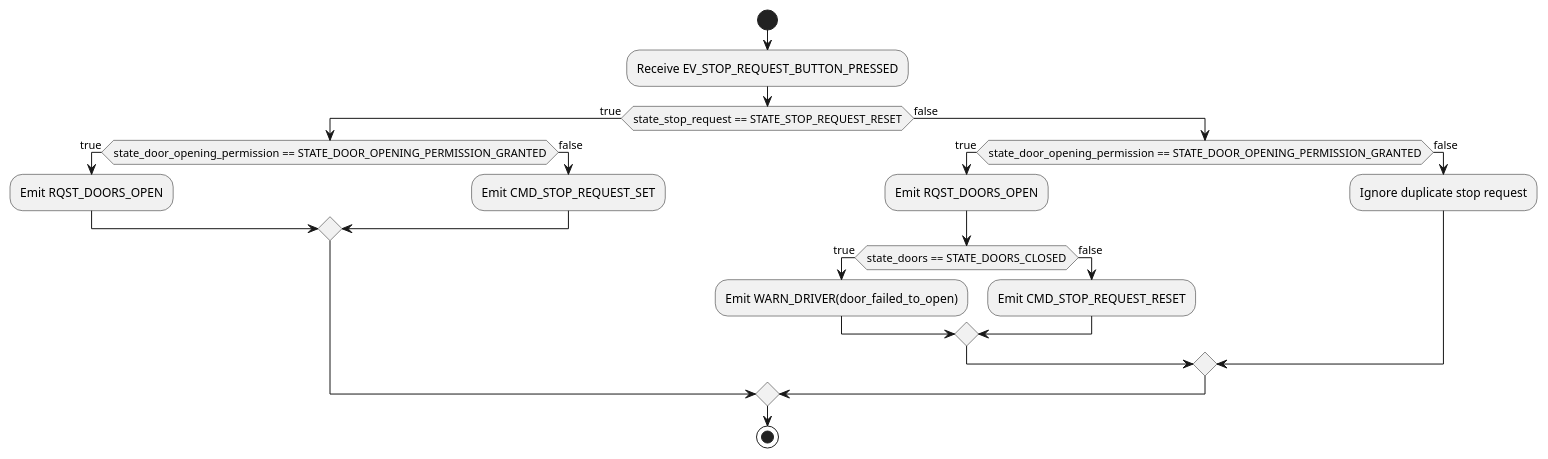
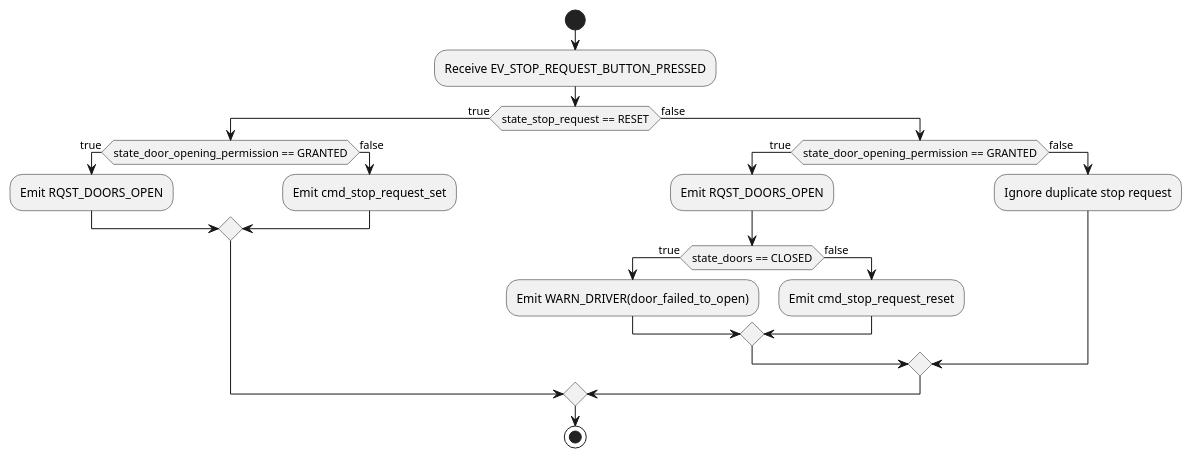
The diagram in docs/models/activity_diagrams/node-door-controller/stop_request_supervisor_activity.puml (paetzholdt/CANRepo), drawn with PlantUML before and after one commit. The commit also changed 7 other files, not shown here.

```diff
--- a/docs/models/activity_diagrams/node-door-controller/stop_request_supervisor_activity.puml
+++ b/docs/models/activity_diagrams/node-door-controller/stop_request_supervisor_activity.puml
@@ -1,42 +1,42 @@
 @startuml stop_request_supervisor_activity
 
 start
 
 :Receive EV_STOP_REQUEST_BUTTON_PRESSED;
 
-if (state_stop_request == STATE_STOP_REQUEST_RESET) then (true) 
-    if (state_door_opening_permission == STATE_DOOR_OPENING_PERMISSION_GRANTED) then (true)
+if (state_stop_request == RESET) then (true) 
+    if (state_door_opening_permission == GRANTED) then (true)
         :Emit RQST_DOORS_OPEN;
 
     else (false)
-        :Emit CMD_STOP_REQUEST_SET;
+        :Emit cmd_stop_request_set;
     
     endif
 
 else (false)
-    if (state_door_opening_permission == STATE_DOOR_OPENING_PERMISSION_GRANTED) then (true)
+    if (state_door_opening_permission == GRANTED) then (true)
         :Emit RQST_DOORS_OPEN;
 
         ' TODO:
         ' Door opening is asynchronous
         ' state_doors shall not be evaluated immediately after emitting RQST_DOORS_OPEN
         ' Future improvement: introduction of separate asynchronous door supervision (e.g. EV_DOOR_OPEN_TIMEOUT)
-        if (state_doors == STATE_DOORS_CLOSED) then (true)
+        if (state_doors == CLOSED) then (true)
             :Emit WARN_DRIVER(door_failed_to_open);
 
         else (false)
-            :Emit CMD_STOP_REQUEST_RESET;
+            :Emit cmd_stop_request_reset;
         
         endif
     
     else (false)
         :Ignore duplicate stop request;
     
     endif
 
 endif
 
 stop
 
 
 @enduml
```
